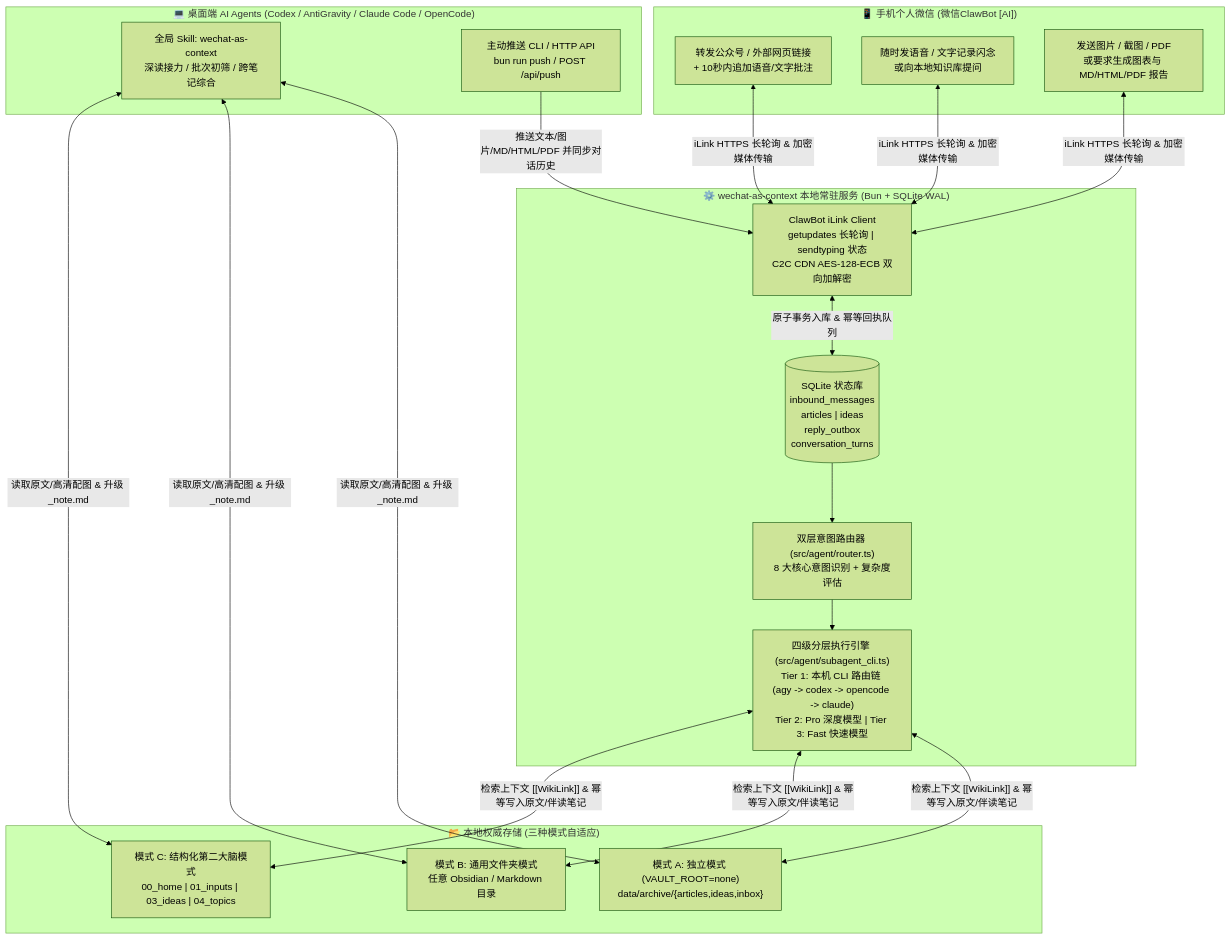
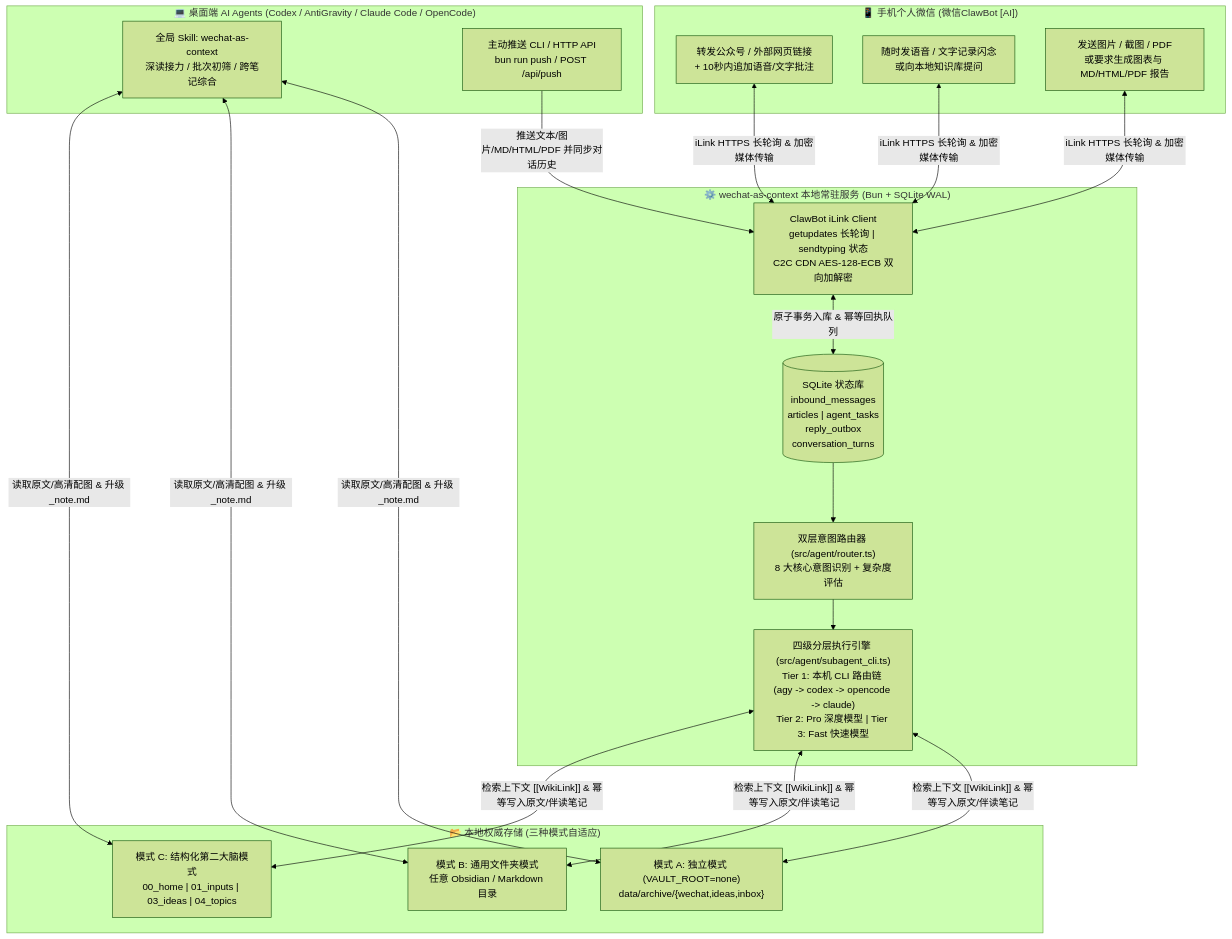
The diagram in README.md (dqrcsc/wechat-as-context), drawn with Mermaid (forest theme) before and after one commit. The commit also changed other lines of this file and 19 other files, not shown here.

````diff
--- a/README.md
+++ b/README.md
@@ -145,33 +146,33 @@
 ```mermaid
 flowchart TB
     subgraph Mobile["📱 手机个人微信 (微信ClawBot [AI])"]
         M1["转发公众号 / 外部网页链接\n+ 10秒内追加语音/文字批注"]
         M2["随时发语音 / 文字记录闪念\n或向本地知识库提问"]
         M3["发送图片 / 截图 / PDF\n或要求生成图表与 MD/HTML/PDF 报告"]
     end
 
     subgraph Gateway["⚙️ wechat-as-context 本地常驻服务 (Bun + SQLite WAL)"]
         C1["ClawBot iLink Client\ngetupdates 长轮询 | sendtyping 状态\nC2C CDN AES-128-ECB 双向加解密"]
-        DB[("SQLite 状态库\ninbound_messages\narticles | ideas\nreply_outbox\nconversation_turns")]
+        DB[("SQLite 状态库\ninbound_messages\narticles | agent_tasks\nreply_outbox\nconversation_turns")]
         R1["双层意图路由器 (src/agent/router.ts)\n8 大核心意图识别 + 复杂度评估"]
         T1["四级分层执行引擎 (src/agent/subagent_cli.ts)\nTier 1: 本机 CLI 路由链 (agy -> codex -> opencode -> claude)\nTier 2: Pro 深度模型 | Tier 3: Fast 快速模型"]
     end
 
     subgraph Storage["📂 本地权威存储 (三种模式自适应)"]
-        V1["模式 A: 独立模式 (VAULT_ROOT=none)\ndata/archive/{articles,ideas,inbox}"]
+        V1["模式 A: 独立模式 (VAULT_ROOT=none)\ndata/archive/{wechat,ideas,inbox}"]
         V2["模式 B: 通用文件夹模式\n任意 Obsidian / Markdown 目录"]
         V3["模式 C: 结构化第二大脑模式\n00_home | 01_inputs | 03_ideas | 04_topics"]
     end
 
     subgraph Desktop["💻 桌面端 AI Agents (Codex / AntiGravity / Claude Code / OpenCode)"]
         D1["全局 Skill: wechat-as-context\n深读接力 / 批次初筛 / 跨笔记综合"]
         D2["主动推送 CLI / HTTP API\nbun run push / POST /api/push"]
     end
 
     M1 & M2 & M3 <-->|"iLink HTTPS 长轮询 & 加密媒体传输"| C1
     C1 <-->|"原子事务入库 & 幂等回执队列"| DB
     DB --> R1 --> T1
     T1 <-->|"检索上下文 [[WikiLink]] & 幂等写入原文/伴读笔记"| V1 & V2 & V3
     D1 <-->|"读取原文/高清配图 & 升级 _note.md"| V1 & V2 & V3
     D2 -->|"推送文本/图片/MD/HTML/PDF 并同步对话历史"| C1
 ```
````
